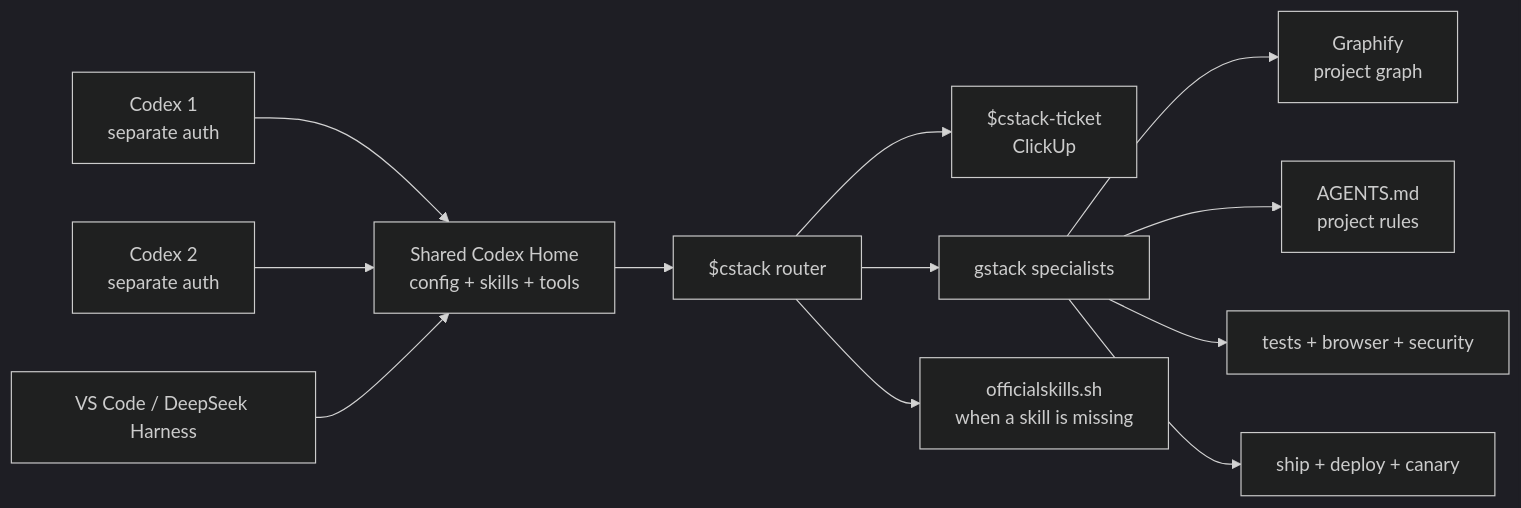
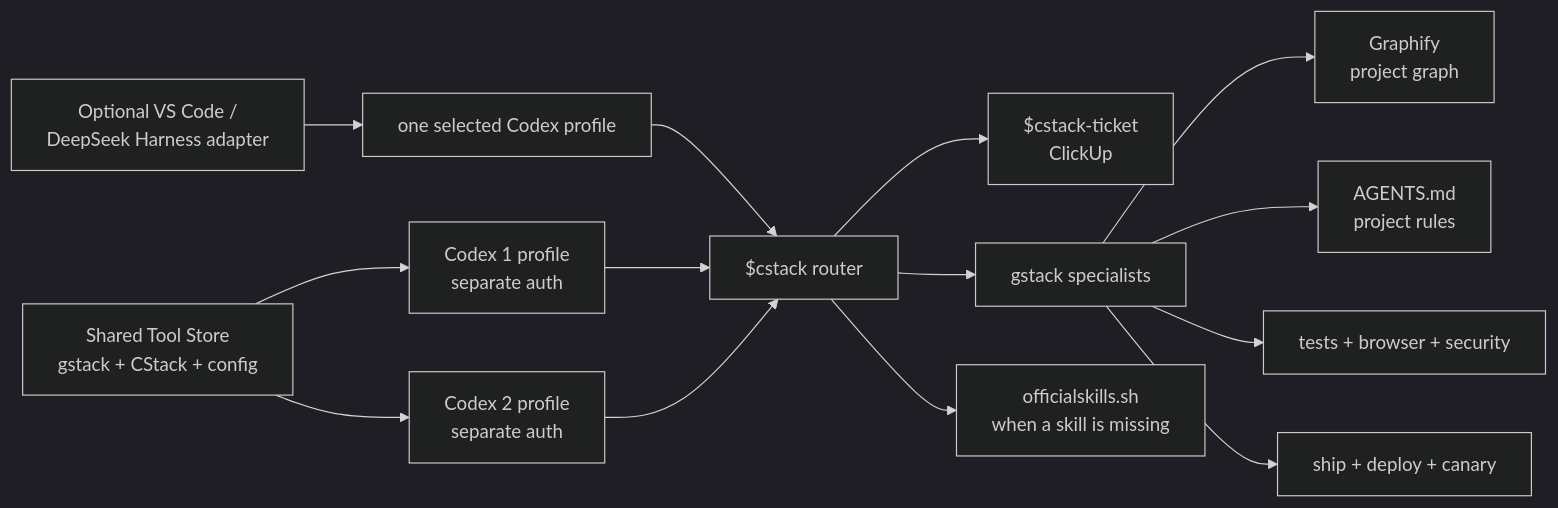
The first of 3 diagrams in README.md (Cherkani/agents-project-template), drawn with Mermaid (dark theme) before and after one commit. The commit also changed other lines of this file and 2 other files, not shown here.

Commit message:
Clarify optional DeepSeek Harness architecture

````diff
--- a/README.md
+++ b/README.md
@@ -22,14 +22,16 @@
 ```mermaid
 flowchart LR
-    C1["Codex 1<br/>separate auth"] --> SH["Shared Codex Home<br/>config + skills + tools"]
-    C2["Codex 2<br/>separate auth"] --> SH
-    VS[VS Code / DeepSeek Harness] --> SH
-    SH --> CS[$cstack router]
+    SH["Shared Tool Store<br/>gstack + CStack + config"] --> C1["Codex 1 profile<br/>separate auth"]
+    SH --> C2["Codex 2 profile<br/>separate auth"]
+    VS["Optional VS Code /<br/>DeepSeek Harness adapter"] --> CP["one selected Codex profile"]
+    CP --> CS[$cstack router]
+    C1 --> CS[$cstack router]
+    C2 --> CS
     CS --> CT["$cstack-ticket<br/>ClickUp"]
     CS --> GS[gstack specialists]
     CS --> OS["officialskills.sh<br/>when a skill is missing"]
     GS --> GF["Graphify<br/>project graph"]
     GS --> AR["AGENTS.md<br/>project rules"]
     GS --> TEST[tests + browser + security]
     GS --> REL[ship + deploy + canary]
 ```
````
